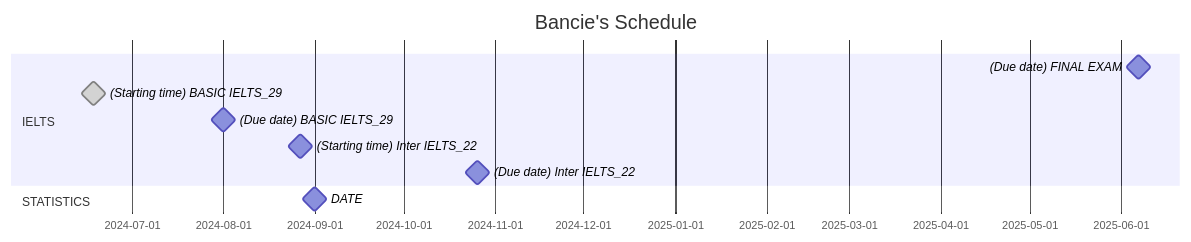
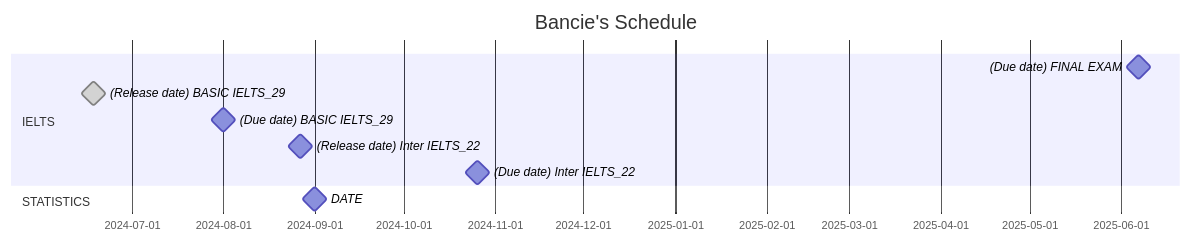
One commit to S-ROLL/notebook.maths changed the diagram in README.md. Above: the diagram before and after it, drawn with Mermaid.

````diff
--- a/README.md
+++ b/README.md
@@ -2,18 +2,24 @@
 ```mermaid
 gantt
     title Bancie's Schedule
     dateFormat DD-MM-YY
     section IELTS
         (Due date) FINAL EXAM: milestone, 06-07-2025, 0d
 
         %---BASIC IELTS_29---
-        (Starting time) BASIC IELTS_29: done, milestone, 18-06-24, 0d
+        (Release date) BASIC IELTS_29: done, milestone, 18-06-24, 0d
         (Due date) BASIC IELTS_29: milestone, 01-08-24, 0d
 
+        %---PRONOUNCIATION---
+        
+
         %---Inter IELTS_22---
-        (Starting time) Inter IELTS_22: milestone, 27-08-24, 0d
+        (Release date) Inter IELTS_22: milestone, 27-08-24, 0d
         (Due date) Inter IELTS_22: milestone, 26-10-24, 0d
 
     section STATISTICS
         DATE: milestone, 01-09-24, 0d
+
+    section PYTHON
+    section MACHINE LEARNING
 ```
````
